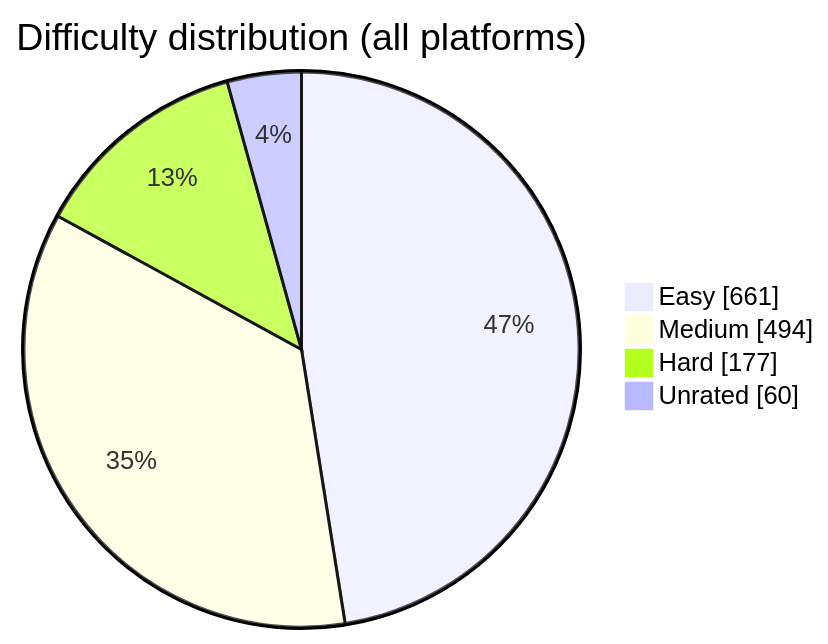
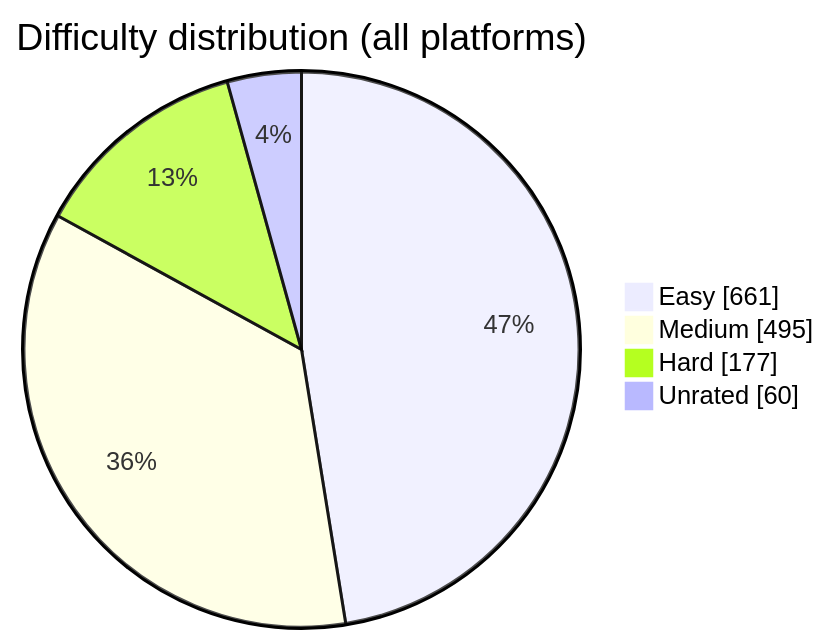
The diagram in README.md (BuildbyArindam/Daily-Coding-Log), drawn with Mermaid before and after one commit. The commit also changed other lines of this file, not shown here.

````diff
--- a/README.md
+++ b/README.md
@@ -93,7 +93,7 @@
 ```mermaid
 pie showData title Difficulty distribution (all platforms)
     "Easy" : 661
-    "Medium" : 494
+    "Medium" : 495
     "Hard" : 177
     "Unrated" : 60
 ```
````
